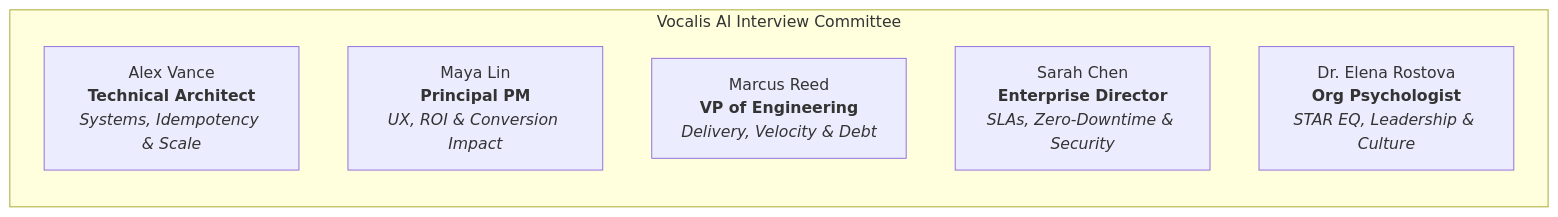
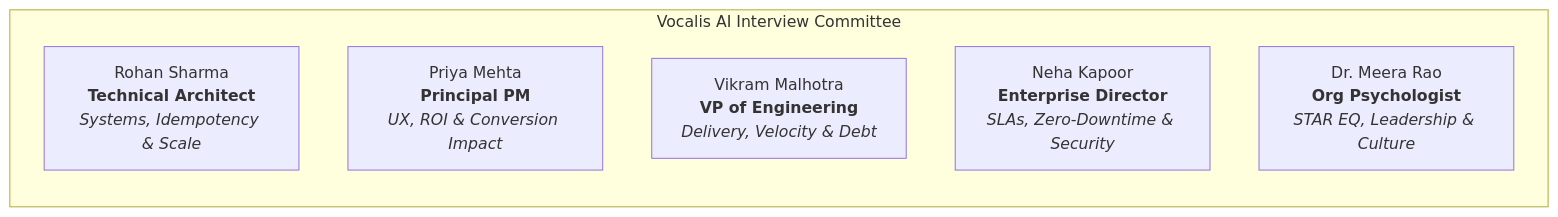
The fourth of 4 diagrams in README.md (RiyanshiVerma-11/Vocalis-AI), drawn with Mermaid before and after one commit. The commit also changed other lines of this file and 52 other files, not shown here.

````diff
--- a/README.md
+++ b/README.md
@@ -197,10 +197,10 @@
 ```mermaid
 graph LR
     subgraph Panel ["Vocalis AI Interview Committee"]
-        Alex["Alex Vance<br/><b>Technical Architect</b><br/><i>Systems, Idempotency & Scale</i>"]
-        Maya["Maya Lin<br/><b>Principal PM</b><br/><i>UX, ROI & Conversion Impact</i>"]
-        Marcus["Marcus Reed<br/><b>VP of Engineering</b><br/><i>Delivery, Velocity & Debt</i>"]
-        Sarah["Sarah Chen<br/><b>Enterprise Director</b><br/><i>SLAs, Zero-Downtime & Security</i>"]
-        Elena["Dr. Elena Rostova<br/><b>Org Psychologist</b><br/><i>STAR EQ, Leadership & Culture</i>"]
+        Rohan["Rohan Sharma<br/><b>Technical Architect</b><br/><i>Systems, Idempotency & Scale</i>"]
+        Priya["Priya Mehta<br/><b>Principal PM</b><br/><i>UX, ROI & Conversion Impact</i>"]
+        Vikram["Vikram Malhotra<br/><b>VP of Engineering</b><br/><i>Delivery, Velocity & Debt</i>"]
+        Neha["Neha Kapoor<br/><b>Enterprise Director</b><br/><i>SLAs, Zero-Downtime & Security</i>"]
+        Meera["Dr. Meera Rao<br/><b>Org Psychologist</b><br/><i>STAR EQ, Leadership & Culture</i>"]
     end
 ```
````
